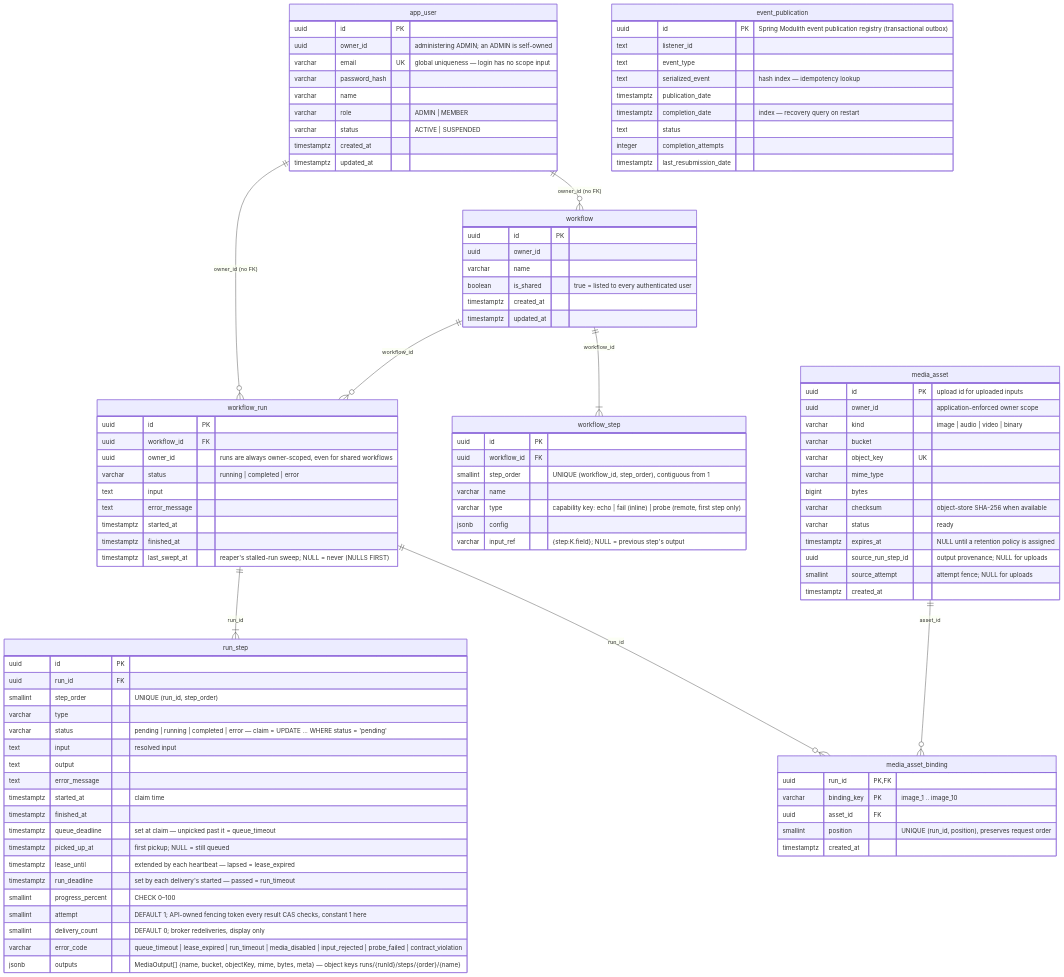
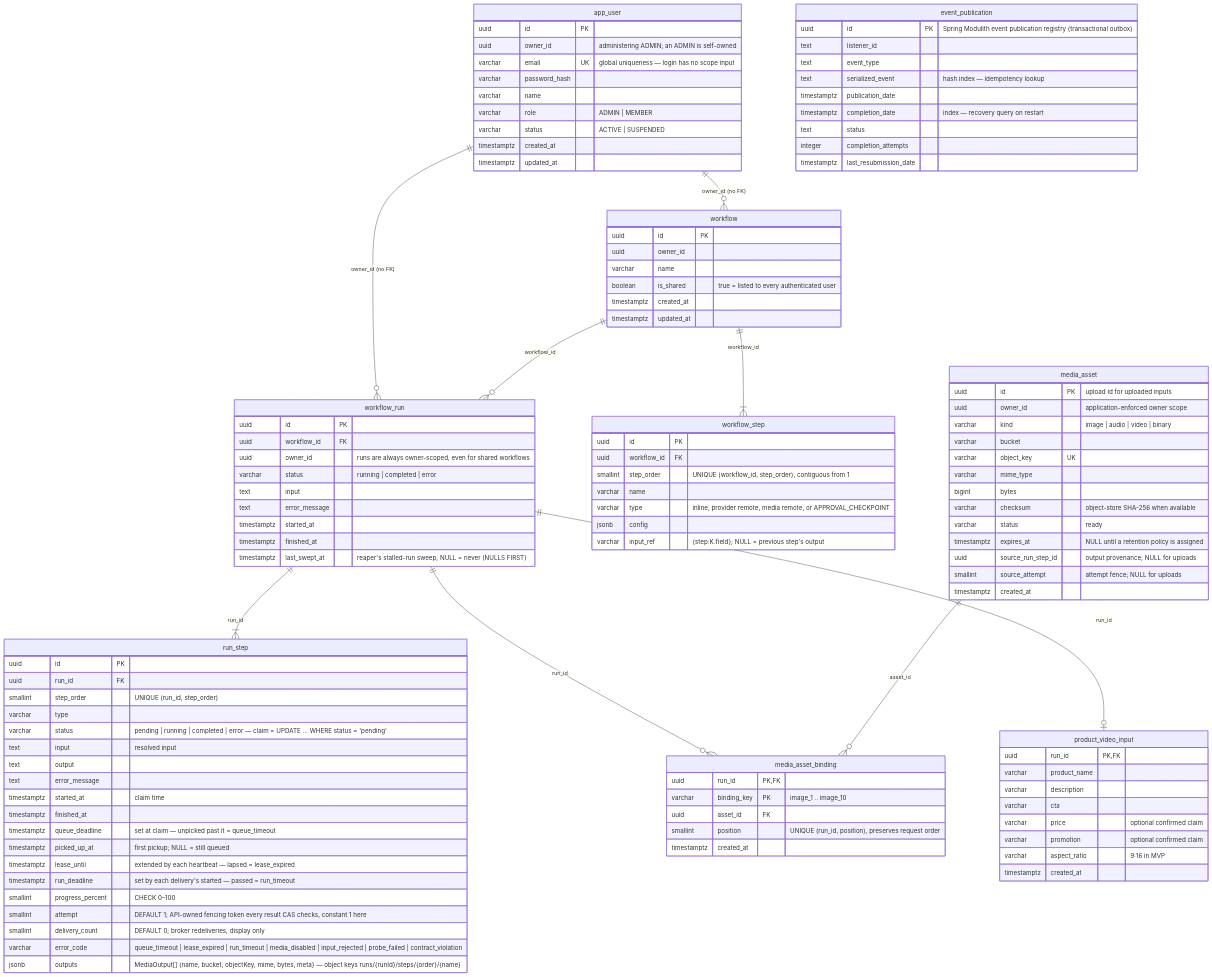
The diagram in docs/ERD.md (BienTranNgoc/Flow-Cortex), drawn with Mermaid before and after one commit. The commit also changed other lines of this file and 33 other files, not shown here.

Commit message:
feat(product-video): add backend orchestration and workflow seed

```diff
--- a/docs/ERD.md
+++ b/docs/ERD.md
@@ -16,6 +16,7 @@
   workflow ||--o{ workflow_run : "workflow_id"
   workflow_run ||--|{ run_step : "run_id"
   workflow_run ||--o{ media_asset_binding : "run_id"
+  workflow_run ||--o| product_video_input : "run_id"
   media_asset ||--o{ media_asset_binding : "asset_id"
 
   app_user {
@@ -42,7 +43,7 @@
     uuid workflow_id FK
     smallint step_order "UNIQUE (workflow_id, step_order), contiguous from 1"
     varchar name
-    varchar type "capability key: echo | fail (inline) | probe (remote, first step only)"
+    varchar type "inline, provider remote, media remote, or APPROVAL_CHECKPOINT"
     jsonb config
     varchar input_ref "{step:K.field}; NULL = previous step's output"
   }
@@ -100,6 +101,16 @@
     smallint position "UNIQUE (run_id, position), preserves request order"
     timestamptz created_at
   }
+  product_video_input {
+    uuid run_id PK,FK
+    varchar product_name
+    varchar description
+    varchar cta
+    varchar price "optional confirmed claim"
+    varchar promotion "optional confirmed claim"
+    varchar aspect_ratio "9:16 in MVP"
+    timestamptz created_at
+  }
   event_publication {
     uuid id PK "Spring Modulith event publication registry (transactional outbox)"
     text listener_id
```
